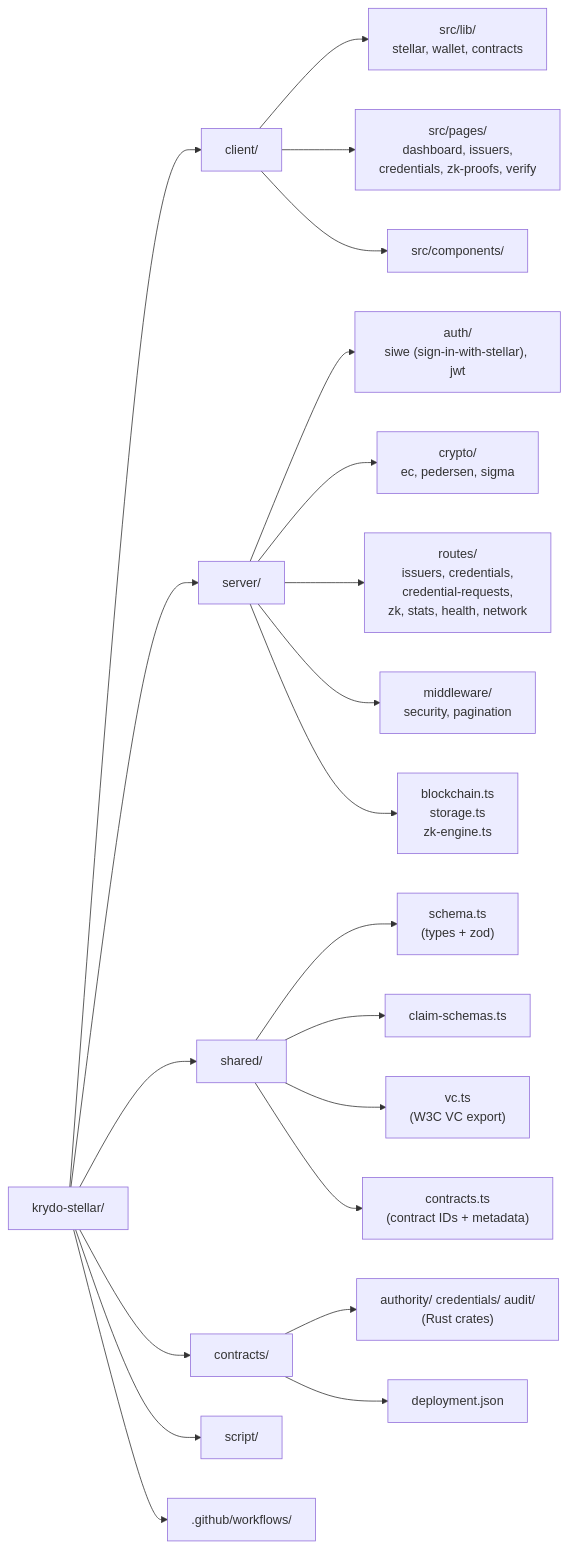
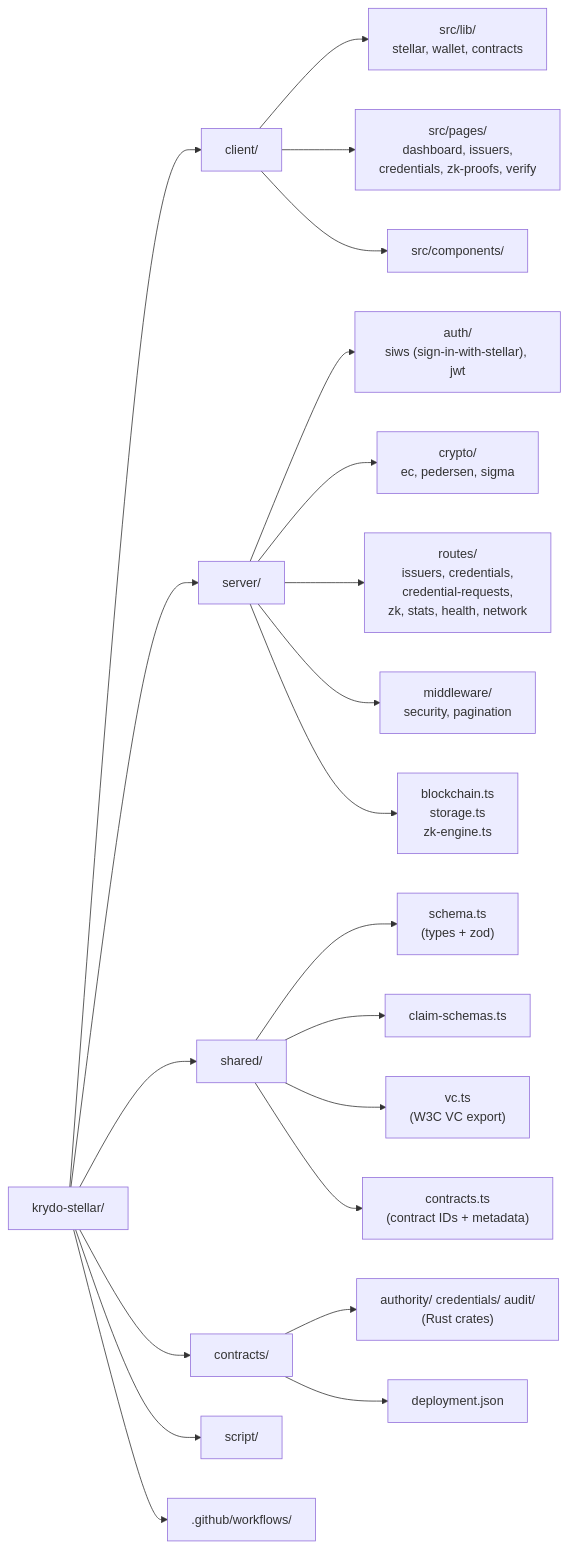
The fifth of 26 diagrams in DOCUMENTATION.md (nishant-uxs/krydo-stellar), drawn with Mermaid before and after one commit. The commit also changed other lines of this file and 44 other files, not shown here.

First line of the commit message:
feat: multi-wallet SIWS, SEP-53 auth, and Testnet contract deploy

````diff
--- a/DOCUMENTATION.md
+++ b/DOCUMENTATION.md
@@ -212,28 +212,28 @@
 ```mermaid
 flowchart LR
     ROOT["krydo-stellar/"]
     ROOT --> CLIENT["client/"]
     ROOT --> SERVER["server/"]
     ROOT --> SHARED["shared/"]
     ROOT --> CONTRACTS["contracts/"]
     ROOT --> SCRIPT["script/"]
     ROOT --> CI[".github/workflows/"]
 
     CLIENT --> CLI_LIB["src/lib/<br/>stellar, wallet, contracts"]
     CLIENT --> CLI_PAGES["src/pages/<br/>dashboard, issuers,<br/>credentials, zk-proofs, verify"]
     CLIENT --> CLI_COMP["src/components/"]
 
-    SERVER --> SRV_AUTH["auth/<br/>siwe (sign-in-with-stellar), jwt"]
+    SERVER --> SRV_AUTH["auth/<br/>siws (sign-in-with-stellar), jwt"]
     SERVER --> SRV_CRYPTO["crypto/<br/>ec, pedersen, sigma"]
     SERVER --> SRV_ROUTES["routes/<br/>issuers, credentials,<br/>credential-requests,<br/>zk, stats, health, network"]
     SERVER --> SRV_MIDDLE["middleware/<br/>security, pagination"]
     SERVER --> SRV_MISC["blockchain.ts<br/>storage.ts<br/>zk-engine.ts"]
 
     SHARED --> S_SCHEMA["schema.ts<br/>(types + zod)"]
     SHARED --> S_CLAIMS["claim-schemas.ts"]
     SHARED --> S_VC["vc.ts<br/>(W3C VC export)"]
     SHARED --> S_CONT["contracts.ts<br/>(contract IDs + metadata)"]
 
     CONTRACTS --> C_SOL["authority/ credentials/ audit/<br/>(Rust crates)"]
     CONTRACTS --> C_JSON["deployment.json"]
 ```
````
